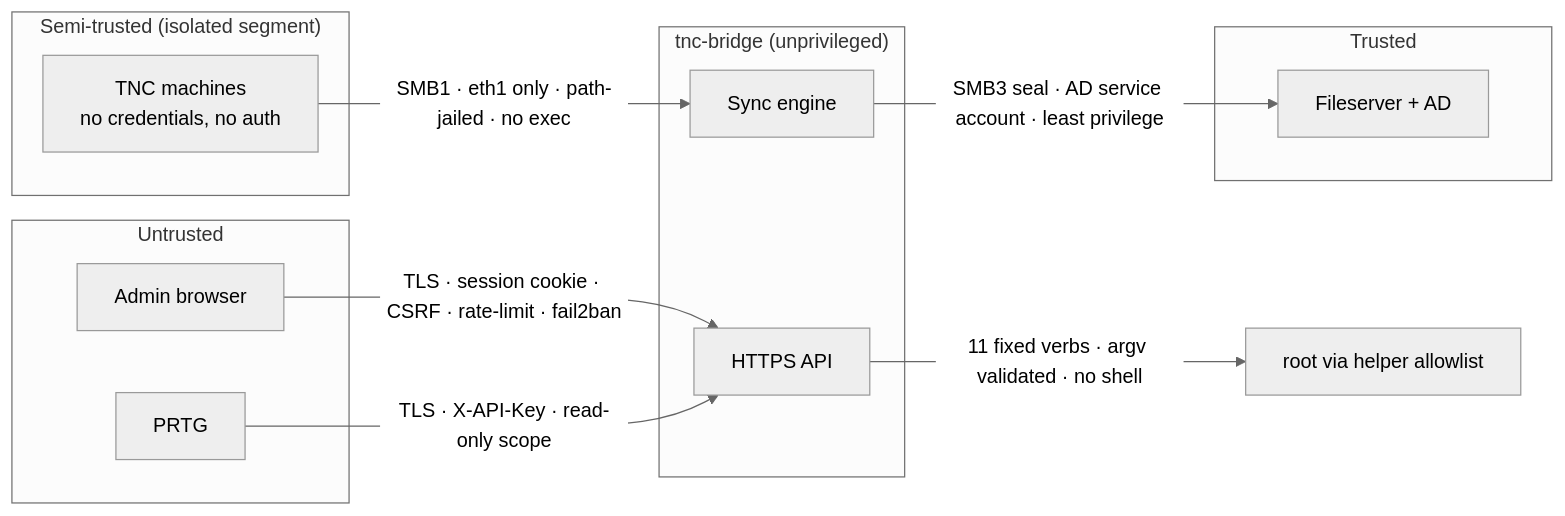
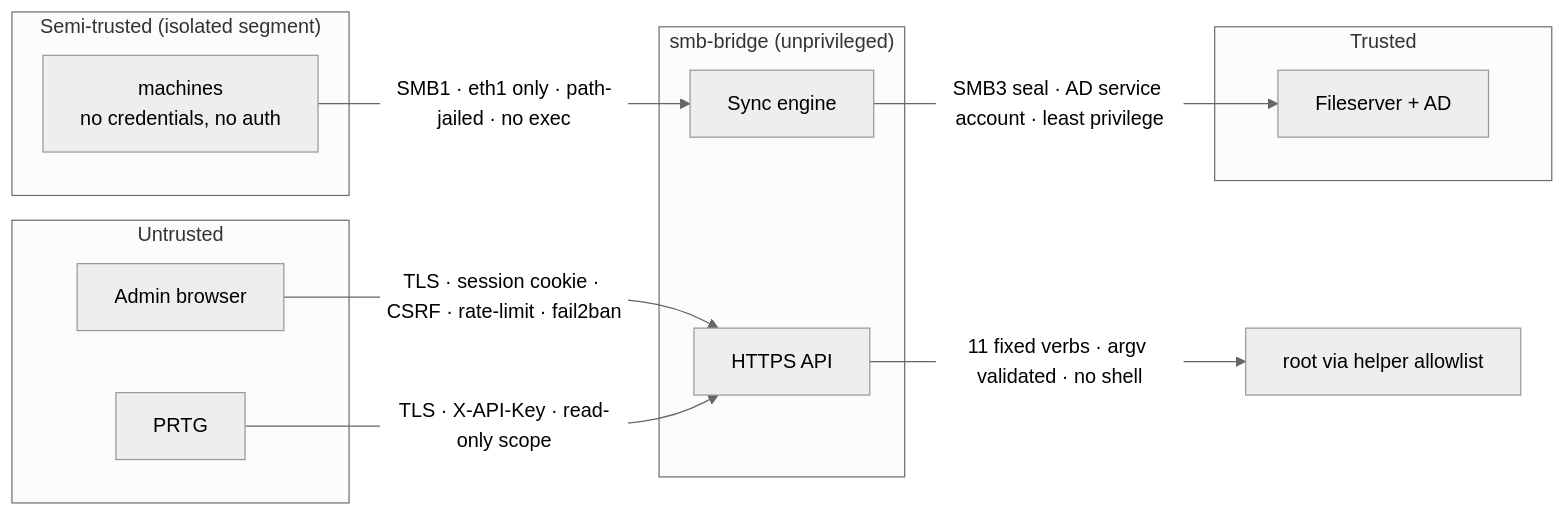
Before and after one commit to hsh36/cnc-network-bridge: the sixth of 6 diagrams in docs/ARCHITECTURE.md, drawn with Mermaid (neutral theme). The commit also changed other lines of this file and 154 other files, not shown here.

````diff
--- a/docs/ARCHITECTURE.md
+++ b/docs/ARCHITECTURE.md
@@ -365,24 +365,24 @@
 ```mermaid
 flowchart LR
   subgraph U["Untrusted"]
     B["Admin browser"]
     P["PRTG"]
   end
   subgraph SU["Semi-trusted (isolated segment)"]
-    T["TNC machines<br/>no credentials, no auth"]
+    T["machines<br/>no credentials, no auth"]
   end
   subgraph TR["Trusted"]
     S["Fileserver + AD"]
   end
-  subgraph APP["tnc-bridge (unprivileged)"]
+  subgraph APP["smb-bridge (unprivileged)"]
     W["HTTPS API"]
     E["Sync engine"]
   end
   R["root via helper allowlist"]
 
   B -->|"TLS · session cookie · CSRF · rate-limit · fail2ban"| W
   P -->|"TLS · X-API-Key · read-only scope"| W
   T -->|"SMB1 · eth1 only · path-jailed · no exec"| E
   E -->|"SMB3 seal · AD service account · least privilege"| S
   W -->|"11 fixed verbs · argv validated · no shell"| R
 ```
````
